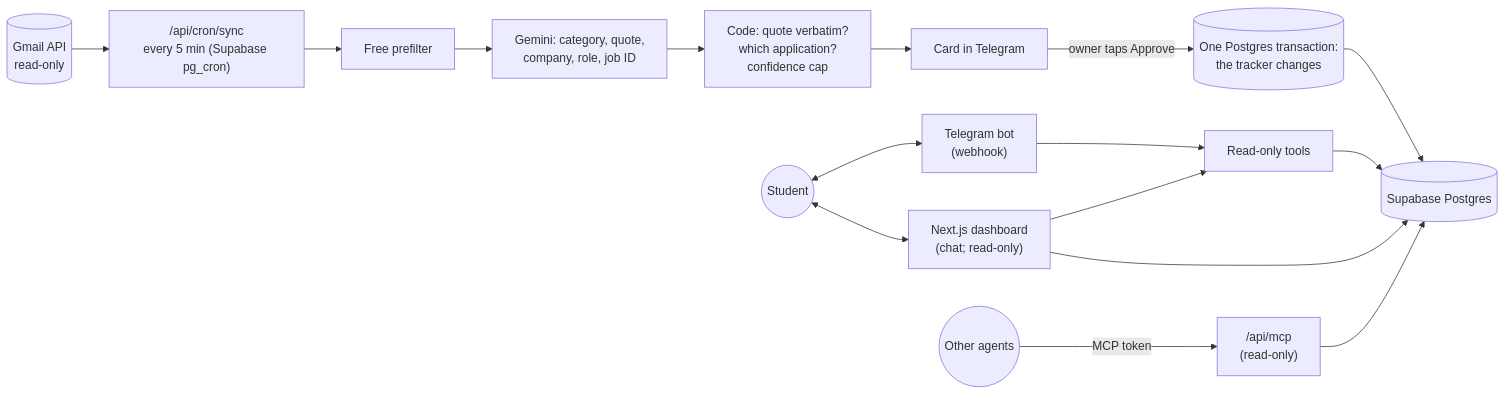
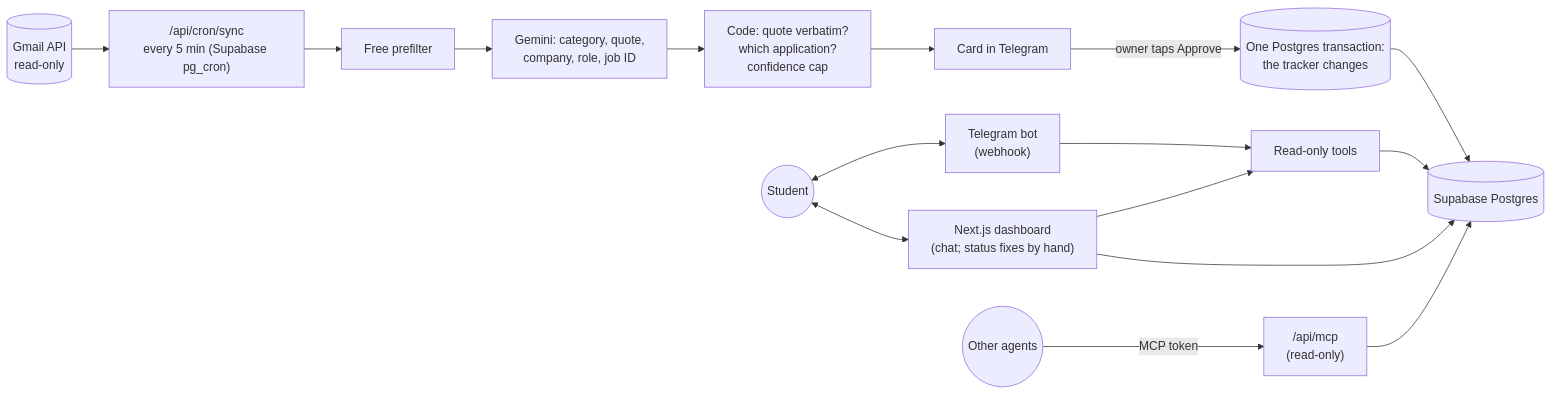
One commit to yonatanbraymok/home-assignment changed the diagram in README.md. Above: the diagram before and after it, drawn with Mermaid. The commit also changed other lines of this file and 14 other files, not shown here.

First line of the commit message:
Correct a status by hand; sign-in asks to continue; the chat gets its own column

````diff
--- a/README.md
+++ b/README.md
@@ -43,18 +43,18 @@
 ```mermaid
 flowchart LR
   gmail[("Gmail API<br/>read-only")] --> cron["/api/cron/sync<br/>every 5 min (Supabase pg_cron)"]
   cron --> prefilter["Free prefilter"]
   prefilter --> model["Gemini: category, quote,<br/>company, role, job ID"]
   model --> checks["Code: quote verbatim?<br/>which application?<br/>confidence cap"]
   checks --> card["Card in Telegram"]
   card -- "owner taps Approve" --> tx[("One Postgres transaction:<br/>the tracker changes")]
   student(("Student")) <--> bot["Telegram bot<br/>(webhook)"]
   bot --> tools["Read-only tools"]
-  student <--> dashboard["Next.js dashboard<br/>(chat; read-only)"]
+  student <--> dashboard["Next.js dashboard<br/>(chat; status fixes by hand)"]
   dashboard --> tools
   dashboard --> db[("Supabase Postgres")]
   tools --> db
   agents(("Other agents")) -- "MCP token" --> mcp["/api/mcp<br/>(read-only)"]
   mcp --> db
   tx --> db
 ```
````
